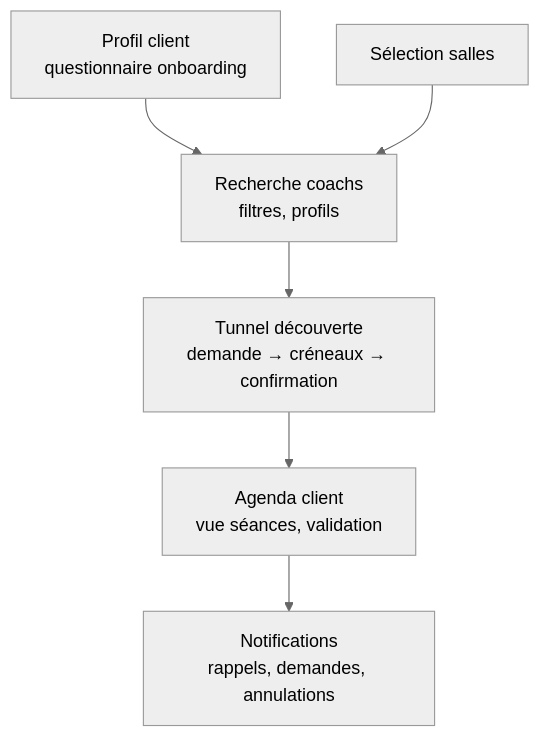
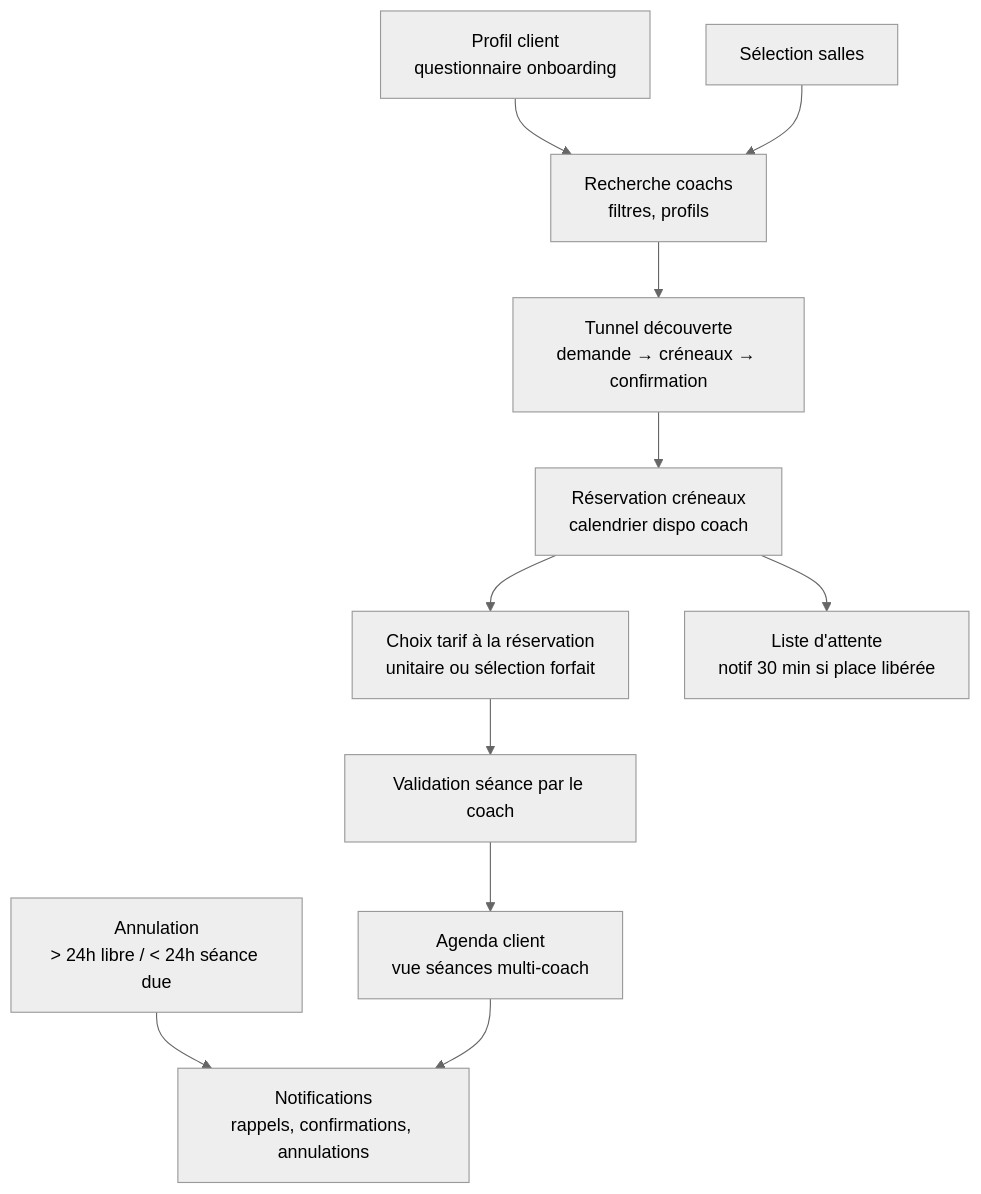
The fourth of 8 diagrams in docs/DEV_ROADMAP.md (gaelgael5/mycoach), drawn with Mermaid (neutral theme) before and after one commit. The commit also changed other lines of this file and 2 other files, not shown here.

Commit message:
docs: v1.1 - PostgreSQL, API Key auth (SHA-256), tarification coach, booking/cancel/waitlist

````diff
--- a/docs/DEV_ROADMAP.md
+++ b/docs/DEV_ROADMAP.md
@@ -92,15 +97,25 @@
 ```mermaid
 flowchart TD
     CL1[Profil client\nquestionnaire onboarding]
     CL2[Sélection salles]
     CL3[Recherche coachs\nfiltres, profils]
     CL4[Tunnel découverte\ndemande → créneaux → confirmation]
-    CL5[Agenda client\nvue séances, validation]
-    CL6[Notifications\nrappels, demandes, annulations]
+    CL5[Réservation créneaux\ncalendrier dispo coach]
+    CL6[Choix tarif à la réservation\nunitaire ou sélection forfait]
+    CL7[Validation séance par le coach]
+    CL8[Annulation\n> 24h libre / < 24h séance due]
+    CL9[Liste d'attente\nnotif 30 min si place libérée]
+    CL10[Agenda client\nvue séances multi-coach]
+    CL11[Notifications\nrappels, confirmations, annulations]
 
     CL1 --> CL3
     CL2 --> CL3
     CL3 --> CL4
     CL4 --> CL5
     CL5 --> CL6
+    CL6 --> CL7
+    CL5 --> CL9
+    CL7 --> CL10
+    CL8 --> CL11
+    CL10 --> CL11
 ```
````
